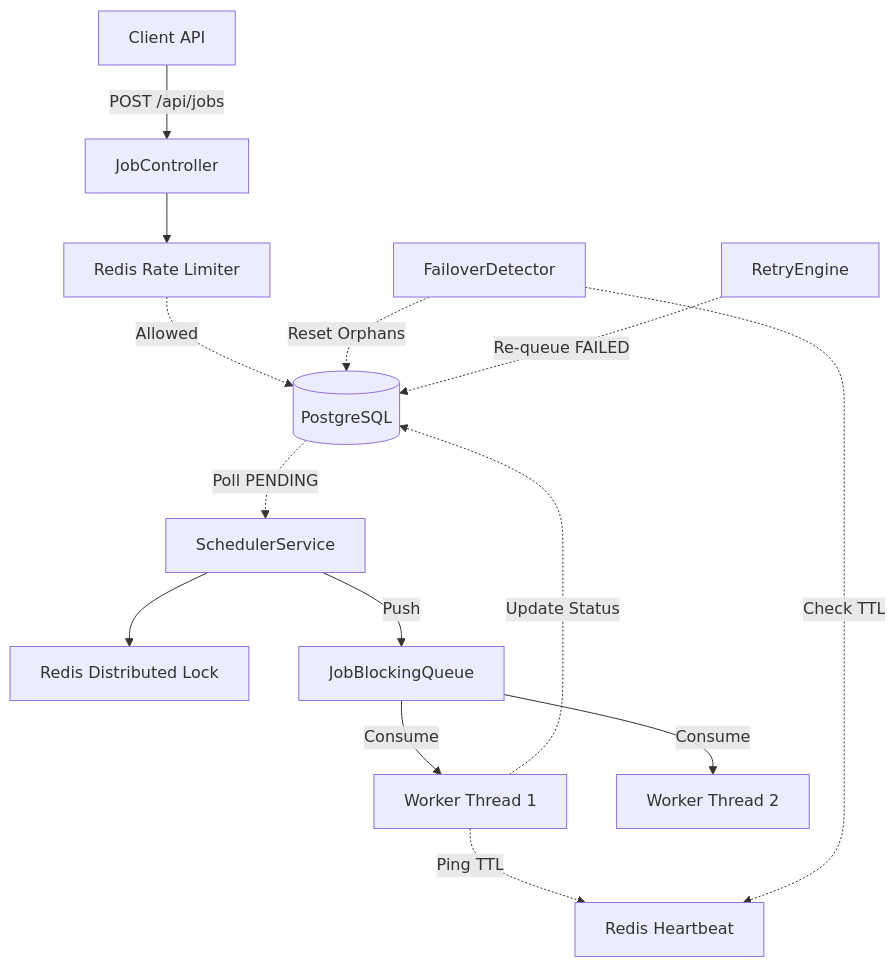
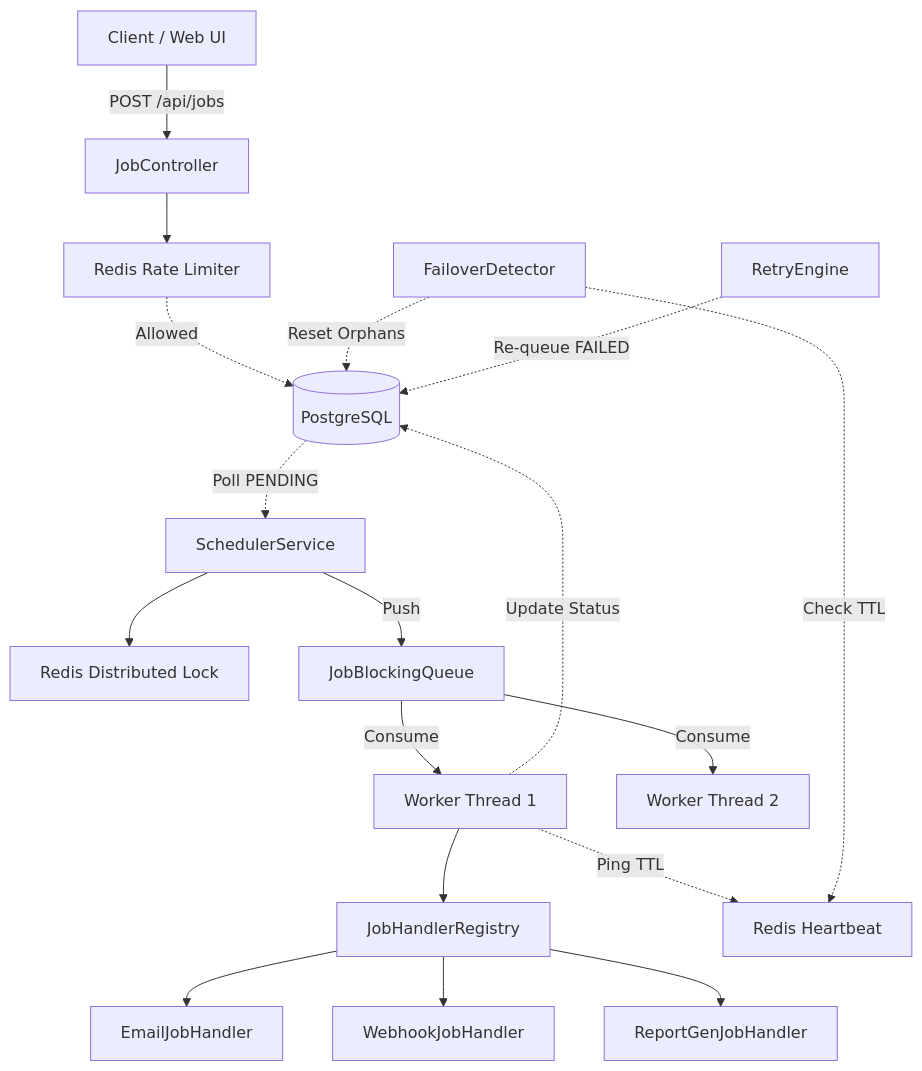
Before and after one commit to Kaushtubha/optiqueue: the diagram in README.md, drawn with Mermaid. The commit also changed other lines of this file and 14 other files, not shown here.

Commit message:
feat: complete OptiQueue with pluggable JobHandlers, Web Dashboard, DLQ replay, and free deployment configs

````diff
--- a/README.md
+++ b/README.md
@@ -36,21 +56,26 @@
 ```mermaid
 graph TD
-    Client[Client API] -->|POST /api/jobs| Controller[JobController]
+    Client[Client / Web UI] -->|POST /api/jobs| Controller[JobController]
     Controller --> RateLimit[Redis Rate Limiter]
     RateLimit -.->|Allowed| DB[(PostgreSQL)]
     
     DB -.->|Poll PENDING| Scheduler[SchedulerService]
     Scheduler --> Lock[Redis Distributed Lock]
     
     Scheduler -->|Push| Queue[JobBlockingQueue]
     Queue -->|Consume| Worker1[Worker Thread 1]
     Queue -->|Consume| Worker2[Worker Thread 2]
+
+    Worker1 --> Registry[JobHandlerRegistry]
+    Registry --> Email[EmailJobHandler]
+    Registry --> Webhook[WebhookJobHandler]
+    Registry --> Report[ReportGenJobHandler]
     
     Worker1 -.->|Update Status| DB
     Worker1 -.->|Ping TTL| Heartbeat[Redis Heartbeat]
     
     Failover[FailoverDetector] -.->|Check TTL| Heartbeat
     Failover -.->|Reset Orphans| DB
     
     Retry[RetryEngine] -.->|Re-queue FAILED| DB
 ```
````
